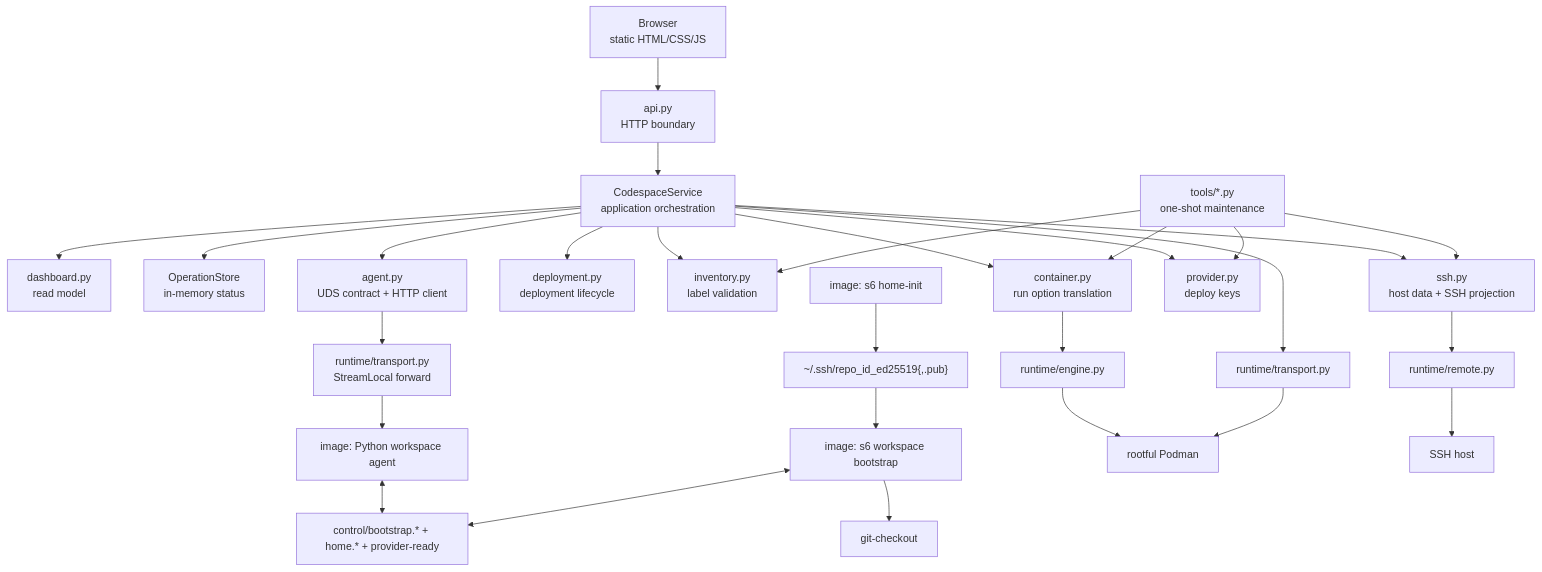
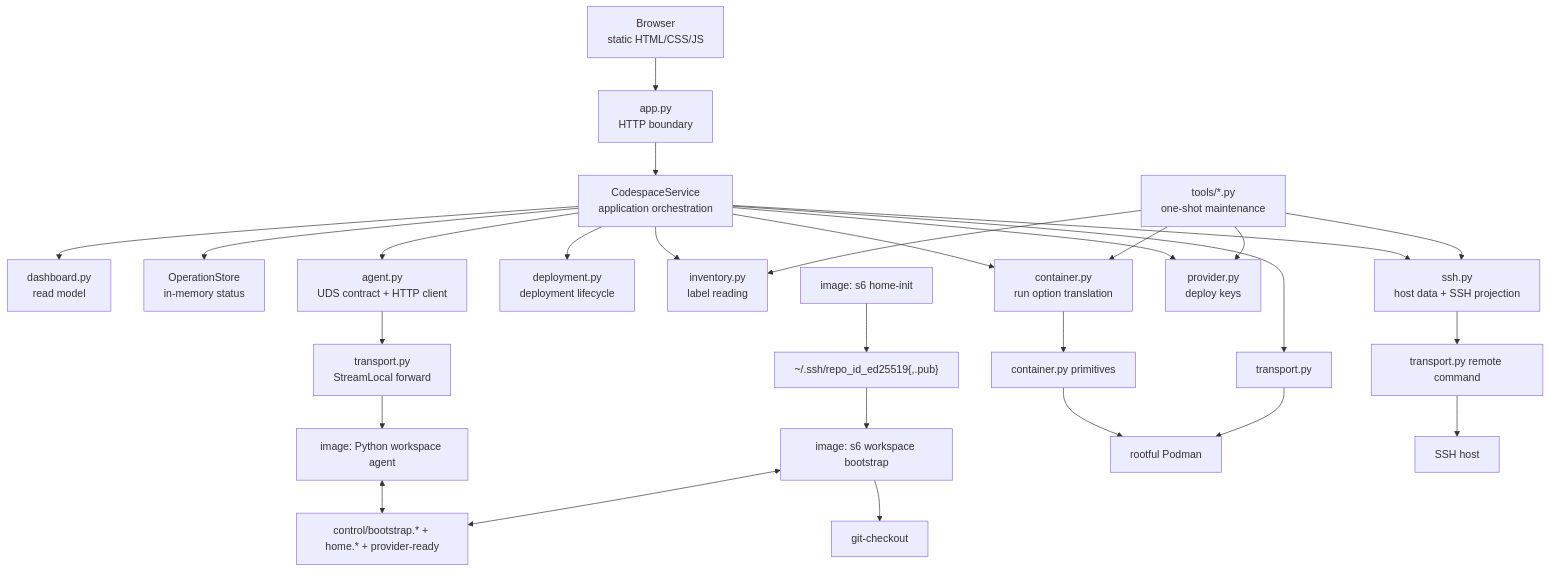
The second of 9 diagrams in controller/DESIGN.md (curoky/codespace), drawn with Mermaid before and after one commit. The commit also changed other lines of this file and 25 other files, not shown here.

First line of the commit message:
refactor: restructure runtime transport and compose code into top-level modules

````diff
--- a/controller/DESIGN.md
+++ b/controller/DESIGN.md
@@ -54,32 +54,32 @@
 ```mermaid
 flowchart TB
-    Browser["Browser<br/>static HTML/CSS/JS"] --> API["api.py<br/>HTTP boundary"]
+    Browser["Browser<br/>static HTML/CSS/JS"] --> API["app.py<br/>HTTP boundary"]
     API --> Service["CodespaceService<br/>application orchestration"]
     Service --> Dashboard["dashboard.py<br/>read model"]
     Service --> Operations["OperationStore<br/>in-memory status"]
     Service --> Agent["agent.py<br/>UDS contract + HTTP client"]
     Service --> Deployment["deployment.py<br/>deployment lifecycle"]
-    Service --> Inventory["inventory.py<br/>label validation"]
+    Service --> Inventory["inventory.py<br/>label reading"]
     Service --> Container["container.py<br/>run option translation"]
     Service --> SSH["ssh.py<br/>host data + SSH projection"]
     Service --> Provider["provider.py<br/>deploy keys"]
 
     CLI["tools/*.py<br/>one-shot maintenance"] --> Inventory
     CLI --> Container
     CLI --> SSH
     CLI --> Provider
 
-    Container --> Engine["runtime/engine.py"]
-    Agent --> Tunnel["runtime/transport.py<br/>StreamLocal forward"]
+    Container --> Engine["container.py primitives"]
+    Agent --> Tunnel["transport.py<br/>StreamLocal forward"]
     Tunnel --> ImageAgent["image: Python workspace agent"]
     HomeInit["image: s6 home-init"] --> DeployKeyPair["~/.ssh/repo_id_ed25519{,.pub}"]
     DeployKeyPair --> ImageBootstrap["image: s6 workspace bootstrap"]
     ImageBootstrap --> CheckoutHelper["git-checkout"]
     ImageAgent <--> BootstrapState["control/bootstrap.* + home.* + provider-ready"]
     ImageBootstrap <--> BootstrapState
-    SSH --> Remote["runtime/remote.py"]
-    Service --> Transport["runtime/transport.py"]
+    SSH --> Remote["transport.py remote command"]
+    Service --> Transport["transport.py"]
     Engine --> Podman["rootful Podman"]
     Transport --> Podman
     Remote --> Host["SSH host"]
 ```
````
